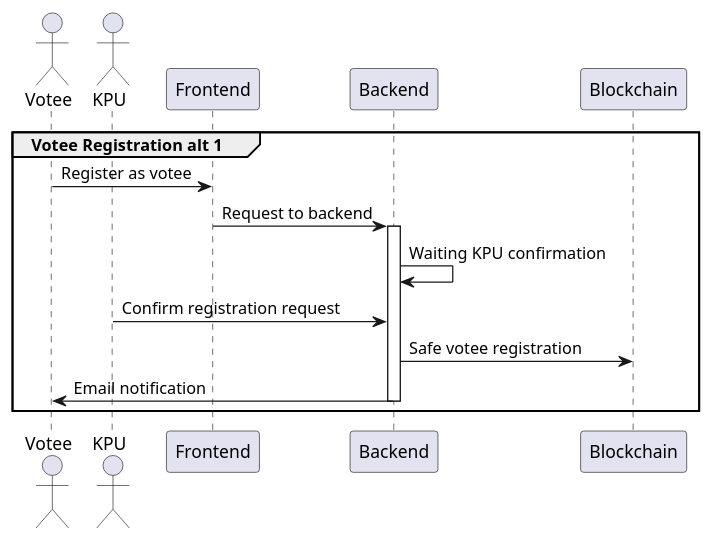
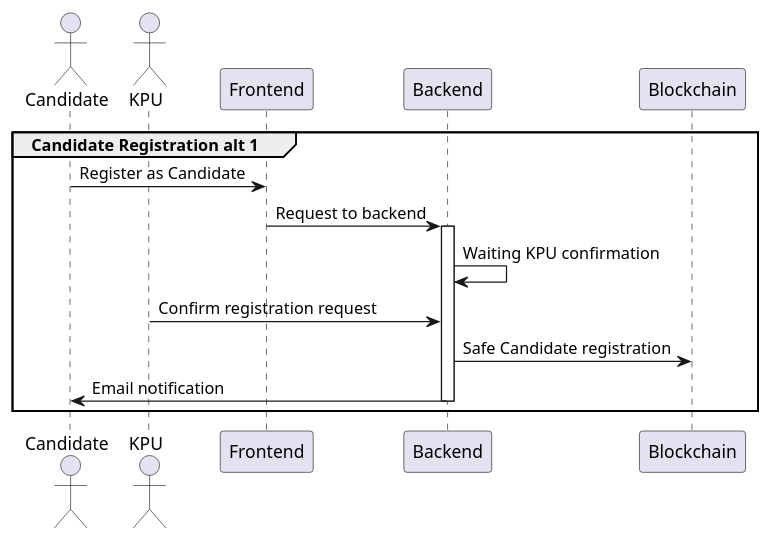
The diagram in Diagram/Register Votee alt1.puml (IF5200-Class1-Team4/E-Voting), drawn with PlantUML before and after one commit. The commit also changed 6 other files, not shown here.

Commit message:
Update UML

```diff
--- a/Diagram/Register Votee alt1.puml
+++ b/Diagram/Register Votee alt1.puml
@@ -1,22 +1,22 @@
 @startuml global sequence diagram
 skinparam maxMessageSize 300
 ' actor "Voter" as user1
-actor "Votee" as user2
+actor "Candidate" as user2
 actor "KPU" as user3
 participant "Frontend" as system1
 participant "Backend" as system2
 participant "Blockchain" as system3
 
-group Votee Registration alt 1
-    user2 -> system1: Register as votee
+group Candidate Registration alt 1
+    user2 -> system1: Register as Candidate
     system1 -> system2: Request to backend
     activate system2
     system2 -> system2: Waiting KPU confirmation
     user3 -> system2: Confirm registration request
-    system2 -> system3: Safe votee registration
+    system2 -> system3: Safe Candidate registration
     system2 -> user2: Email notification
     deactivate system2
     
 
 end
 @enduml
```
